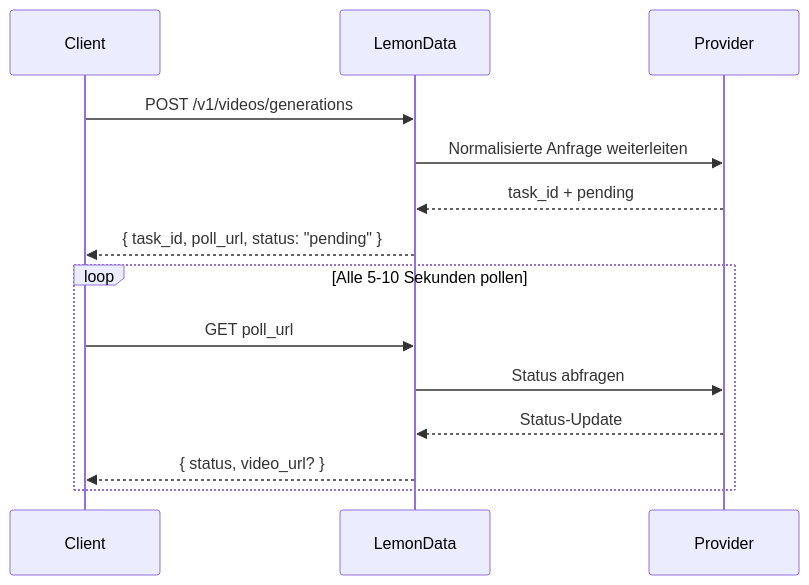
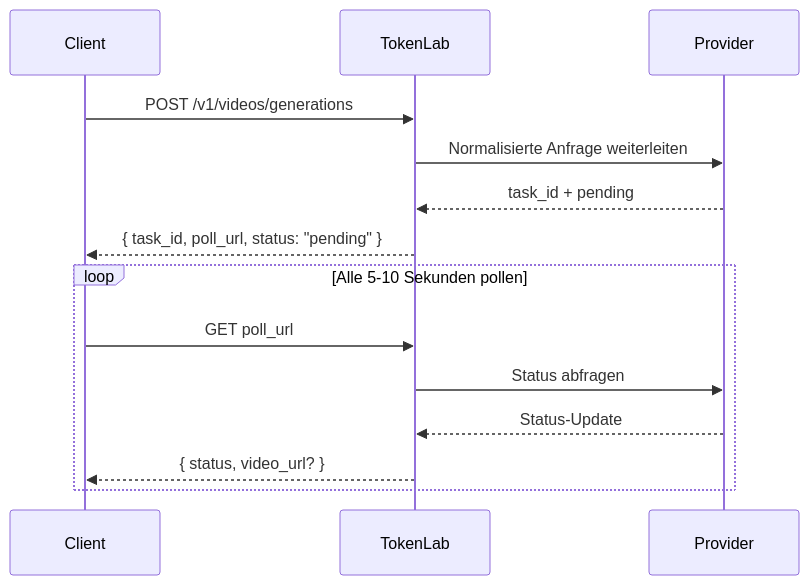
One commit to hedging8563/lemondata-docs changed the diagram in de/guides/video-generation.mdx. Above: the diagram before and after it, drawn with Mermaid. The commit also changed other lines of this file and 858 other files, not shown here.

````diff
--- a/de/guides/video-generation.mdx
+++ b/de/guides/video-generation.mdx
@@ -24,18 +24,18 @@
 ```mermaid
 sequenceDiagram
     participant Client
-    participant LemonData
+    participant TokenLab
     participant Provider
 
-    Client->>LemonData: POST /v1/videos/generations
-    LemonData->>Provider: Normalisierte Anfrage weiterleiten
-    Provider-->>LemonData: task_id + pending
-    LemonData-->>Client: { task_id, poll_url, status: "pending" }
+    Client->>TokenLab: POST /v1/videos/generations
+    TokenLab->>Provider: Normalisierte Anfrage weiterleiten
+    Provider-->>TokenLab: task_id + pending
+    TokenLab-->>Client: { task_id, poll_url, status: "pending" }
 
     loop Alle 5-10 Sekunden pollen
-        Client->>LemonData: GET poll_url
-        LemonData->>Provider: Status abfragen
-        Provider-->>LemonData: Status-Update
-        LemonData-->>Client: { status, video_url? }
+        Client->>TokenLab: GET poll_url
+        TokenLab->>Provider: Status abfragen
+        Provider-->>TokenLab: Status-Update
+        TokenLab-->>Client: { status, video_url? }
     end
 ```
````
